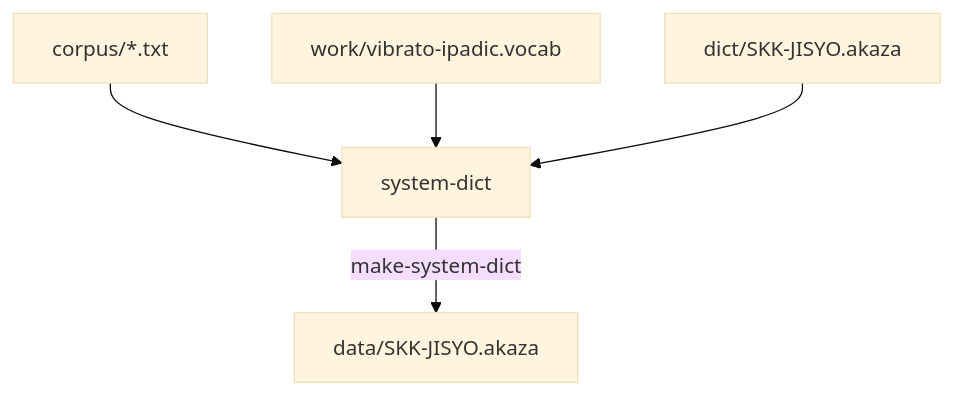
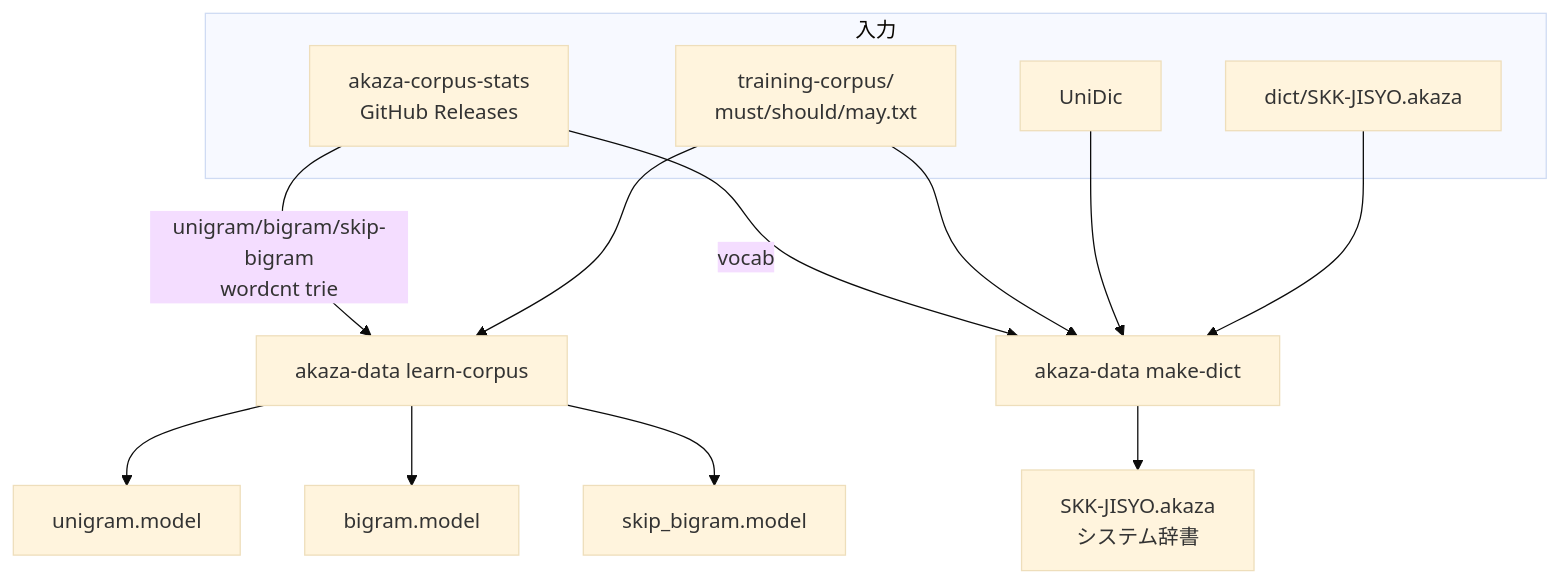
One commit to phoepsilonix/akaza changed the second of 2 diagrams in docs/src/internals/data-flow.md. Above: the diagram before and after it, drawn with Mermaid (base theme). The commit also changed other lines of this file and 1 other file, not shown here.

First line of the commit message:
docs: データフロー図の全面改訂と introduction の改善

````diff
--- a/docs/src/internals/data-flow.md
+++ b/docs/src/internals/data-flow.md
@@ -36,7 +91,22 @@
 ```mermaid
 graph TD
-    corpus/*.txt --> system-dict
-    work/vibrato-ipadic.vocab --> system-dict
-    dict/SKK-JISYO.akaza --> system-dict
-    system-dict -- make-system-dict--> data/SKK-JISYO.akaza
+    subgraph 入力
+        corpus_stats[akaza-corpus-stats<br/>GitHub Releases]
+        training[training-corpus/<br/>must/should/may.txt]
+        unidic[UniDic]
+        skk_base[dict/SKK-JISYO.akaza]
+    end
+
+    corpus_stats --> |unigram/bigram/skip-bigram<br/>wordcnt trie| learn_corpus[akaza-data learn-corpus]
+    training --> learn_corpus
+
+    learn_corpus --> unigram_model[unigram.model]
+    learn_corpus --> bigram_model[bigram.model]
+    learn_corpus --> skip_bigram_model[skip_bigram.model]
+
+    corpus_stats --> |vocab| make_dict[akaza-data make-dict]
+    training --> make_dict
+    unidic --> make_dict
+    skk_base --> make_dict
+    make_dict --> system_dict[SKK-JISYO.akaza<br/>システム辞書]
 ```
````
